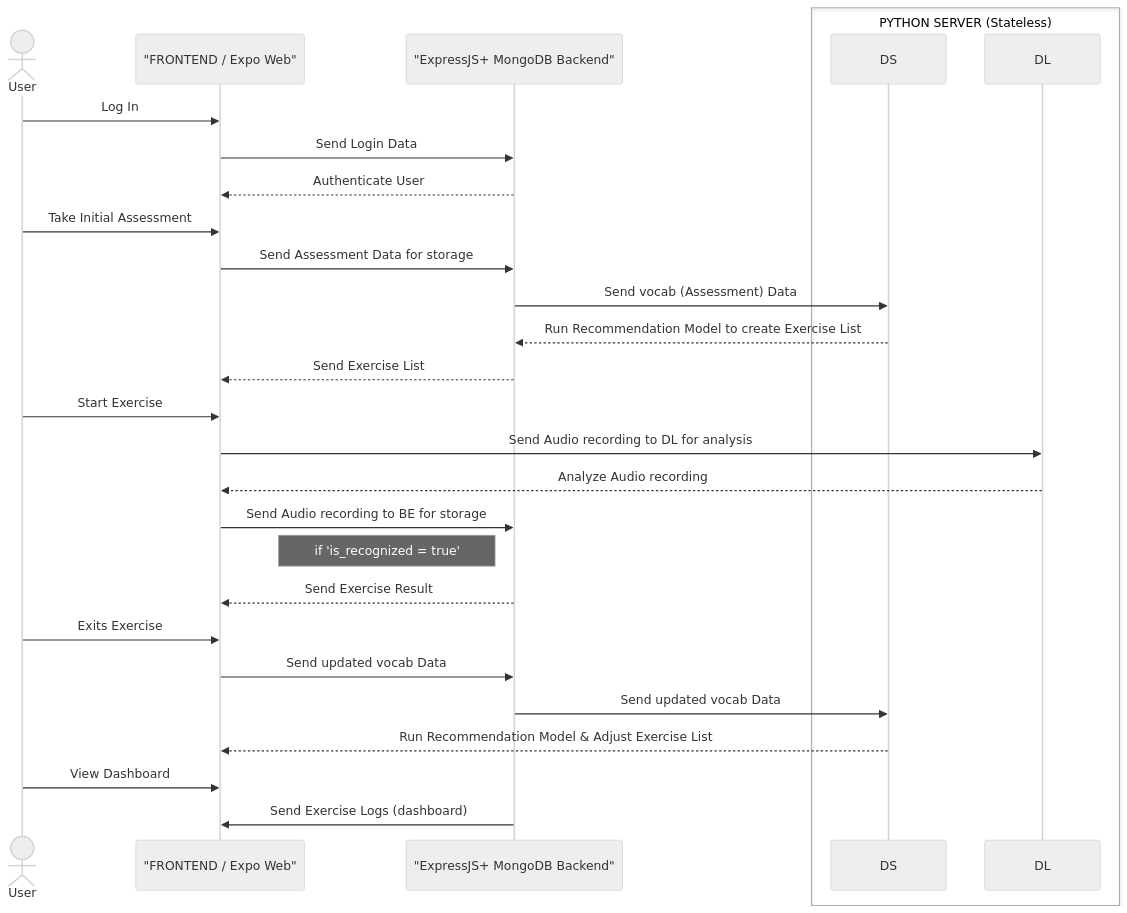
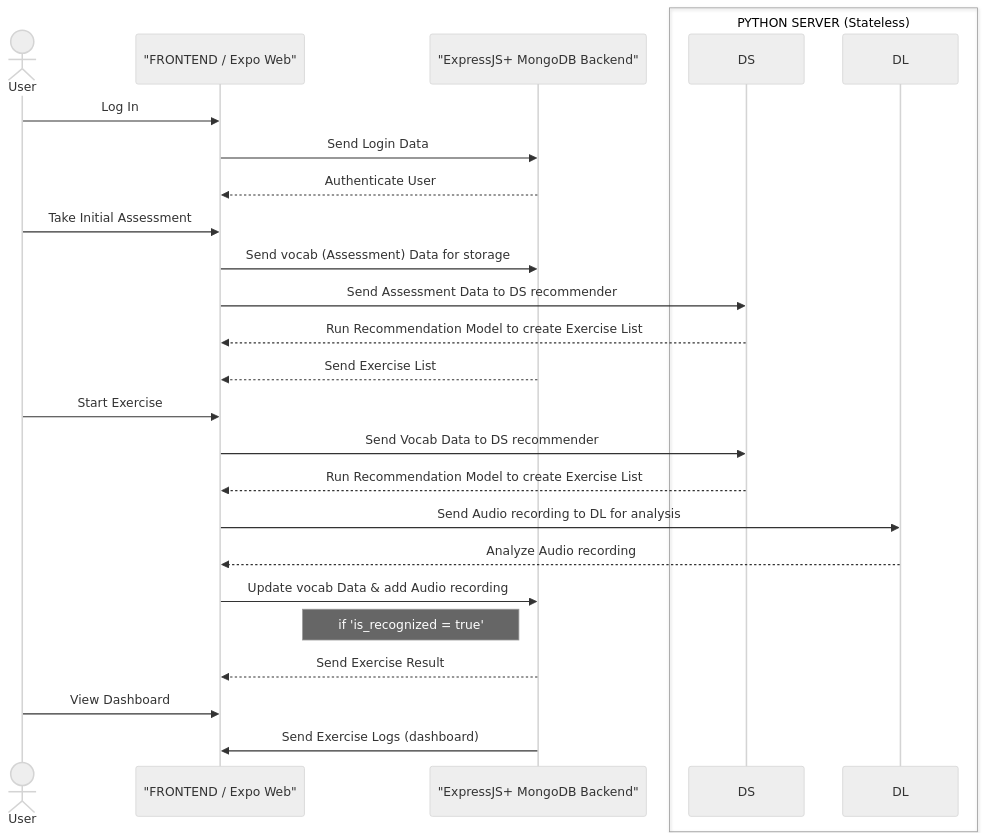
Before and after one commit to TechLabs-Berlin/ss23-talk-a-palooza: the diagram in app/documentation/systemDesign.md, drawn with Mermaid (neutral theme).

Commit message:
Update systemDesign.md
This was not working on the DS recommendation level.
Simplifying the process

````diff
--- a/app/documentation/systemDesign.md
+++ b/app/documentation/systemDesign.md
@@ -1,42 +1,38 @@
 ```mermaid
 sequenceDiagram
     Actor User as User
     participant FE as "FRONTEND / Expo Web"
     Participant BE as "ExpressJS+ MongoDB Backend"
 box PYTHON SERVER (Stateless)
     participant DS
     participant DL
 end
 
     User ->> FE: Log In
     FE ->> BE: Send Login Data
     BE -->> FE: Authenticate User
 
     User ->> FE: Take Initial Assessment
-    FE ->> BE: Send Assessment Data for storage
-    BE ->> DS: Send vocab (Assessment) Data
-    DS -->> BE: Run Recommendation Model to create Exercise List
+    FE ->> BE: Send vocab (Assessment) Data for storage
+    FE ->> DS: Send Assessment Data to DS recommender
+    DS -->> FE: Run Recommendation Model to create Exercise List
     BE -->> FE: Send Exercise List
 
     User ->> FE: Start Exercise
+    FE ->> DS: Send Vocab Data to DS recommender
+    DS -->> FE: Run Recommendation Model to create Exercise List
     FE ->> DL: Send Audio recording to DL for analysis
     DL -->> FE: Analyze Audio recording
-    FE ->> BE: Send Audio recording to BE for storage
+    FE ->> BE: Update vocab Data & add Audio recording
     Note left of BE: if 'is_recognized = true'
     BE -->> FE: Send Exercise Result
-
-
-    User ->> FE: Exits Exercise
-    FE ->> BE: Send updated vocab Data
-    BE ->> DS: Send updated vocab Data
-    DS -->> FE: Run Recommendation Model & Adjust Exercise List
 
     User ->> FE: View Dashboard
     BE ->> FE: Send Exercise Logs (dashboard)
 
 
 
 
 
 
 ```
````
